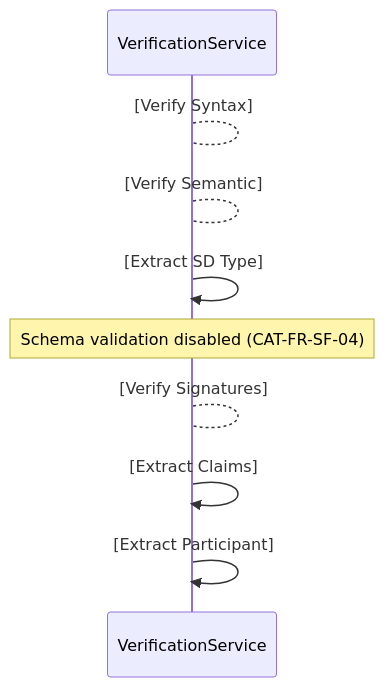
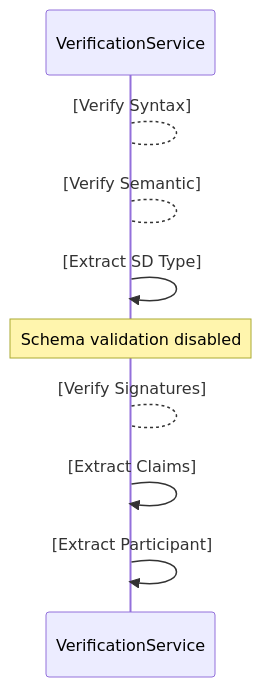
One commit to federated-catalogue-enhancements-2026/docs changed diagram 30 of 31 in federated-catalogue/src/docs/architecture/chapters/06_runtime_view.adoc. Above: the diagram before and after it, drawn with Mermaid. The commit also changed other lines of this file and 4 other files, not shown here.

Commit message:
Enhance verification process diagrams for Self-Descriptions by making the schema verification step optional

```diff
--- a/federated-catalogue/src/docs/architecture/chapters/06_runtime_view.adoc
+++ b/federated-catalogue/src/docs/architecture/chapters/06_runtime_view.adoc
@@ -894,11 +904,11 @@
 [mermaid, width=2000]
 ....
 sequenceDiagram
     VerificationService --> VerificationService:[Verify Syntax]
     VerificationService --> VerificationService:[Verify Semantic]
     VerificationService ->> VerificationService:[Extract SD Type]
-    Note over VerificationService: Schema validation disabled (CAT-FR-SF-04)
+    Note over VerificationService: Schema validation disabled
     VerificationService --> VerificationService:[Verify Signatures]
     VerificationService ->> VerificationService:[Extract Claims]
     VerificationService ->> VerificationService:[Extract Participant]
 ....
```
